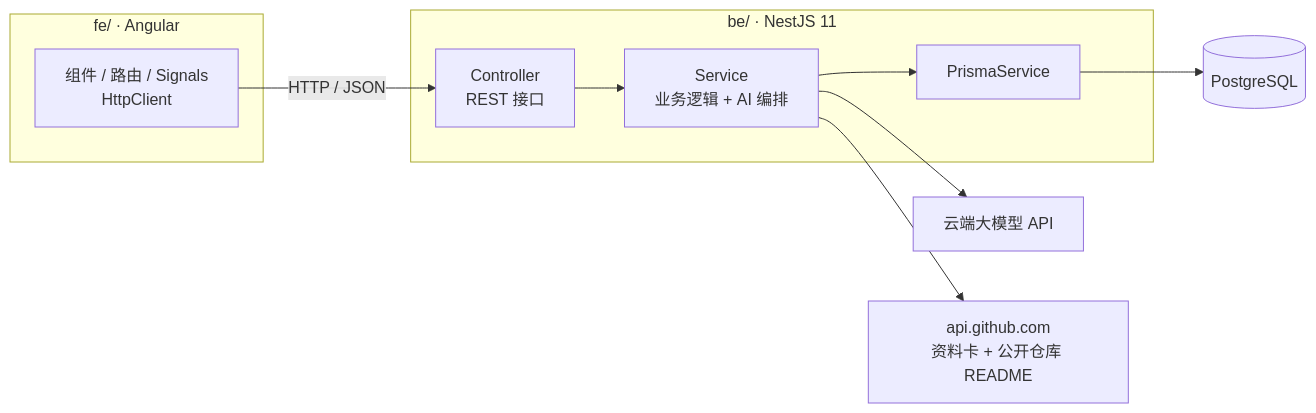
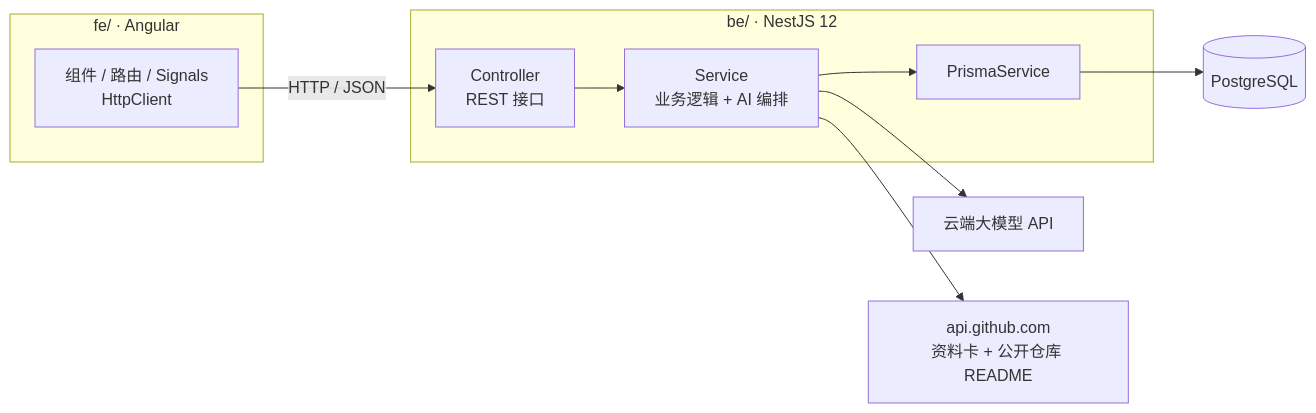
One commit to quickly3/innerup changed the diagram in docs/项目规划/05-技术方案.md. Above: the diagram before and after it, drawn with Mermaid. The commit also changed other lines of this file and 59 other files, not shown here.

````diff
--- a/docs/项目规划/05-技术方案.md
+++ b/docs/项目规划/05-技术方案.md
@@ -45,17 +45,17 @@
 ```mermaid
 flowchart LR
     subgraph FE["fe/ · Angular"]
         V["组件 / 路由 / Signals<br/>HttpClient"]
     end
-    subgraph BE["be/ · NestJS 11"]
+    subgraph BE["be/ · NestJS 12"]
         C["Controller<br/>REST 接口"]
         S["Service<br/>业务逻辑 + AI 编排"]
         P["PrismaService"]
     end
     V -->|"HTTP / JSON"| C
     C --> S
     S --> P
     P --> DB[("PostgreSQL")]
     S --> LLM["云端大模型 API"]
     S --> GH["api.github.com<br/>资料卡 + 公开仓库 README"]
 ```
````
